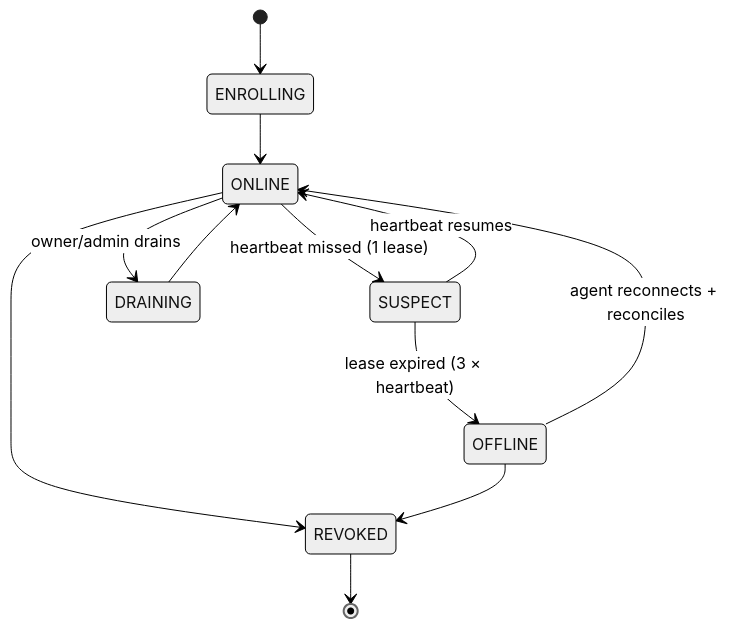
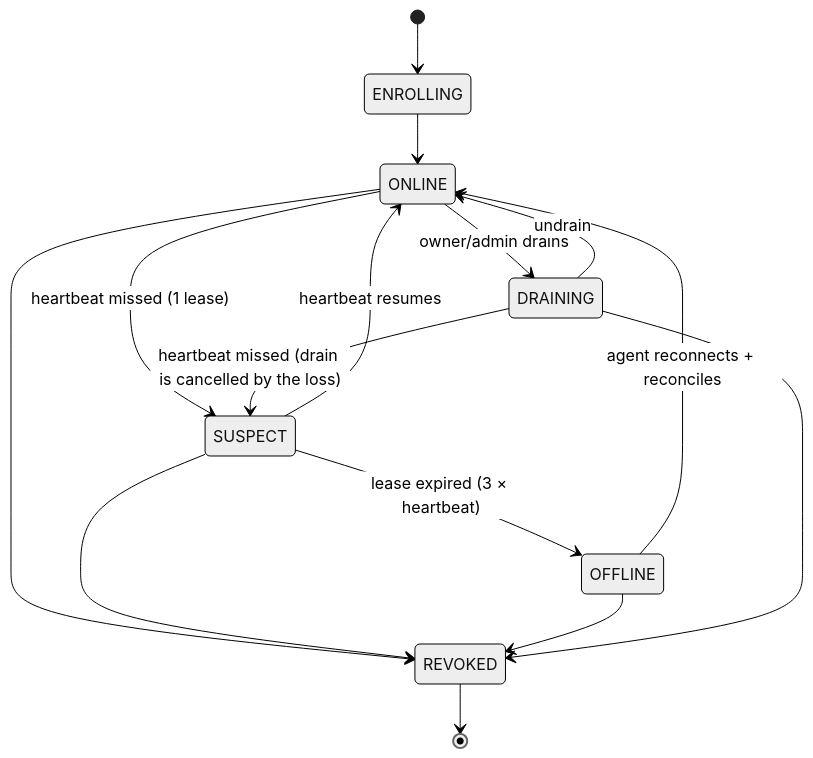
One commit to tony19053000/finalyear changed diagram 12 of 17 in docs/ARCHITECTURE.md. Above: the diagram before and after it, drawn with Mermaid (neutral theme). The commit also changed other lines of this file and 3 other files, not shown here.

````diff
--- a/docs/ARCHITECTURE.md
+++ b/docs/ARCHITECTURE.md
@@ -458,14 +458,17 @@
 ```mermaid
 stateDiagram-v2
     [*] --> ENROLLING
     ENROLLING --> ONLINE
     ONLINE --> SUSPECT: heartbeat missed (1 lease)
     SUSPECT --> ONLINE: heartbeat resumes
     SUSPECT --> OFFLINE: lease expired (3 × heartbeat)
     OFFLINE --> ONLINE: agent reconnects + reconciles
     ONLINE --> DRAINING: owner/admin drains
-    DRAINING --> ONLINE
+    DRAINING --> ONLINE: undrain
+    DRAINING --> SUSPECT: heartbeat missed (drain is cancelled by the loss)
     ONLINE --> REVOKED
+    SUSPECT --> REVOKED
     OFFLINE --> REVOKED
+    DRAINING --> REVOKED
     REVOKED --> [*]
 ```
````
